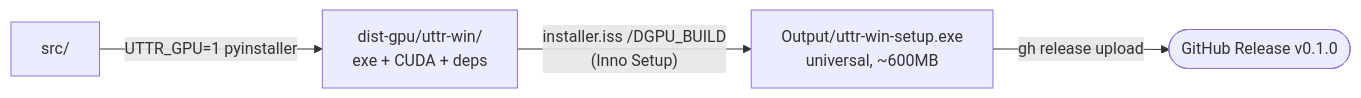
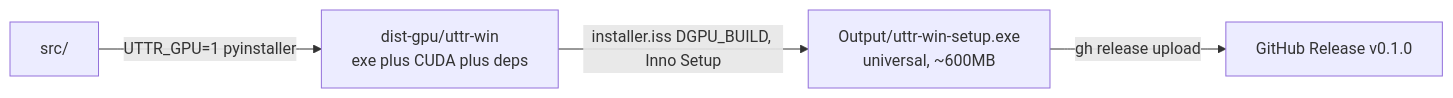
The third of 3 diagrams in ARCHITECTURE.md (SanjuEpic/free-wispr-flow), drawn with Mermaid before and after one commit. The commit also changed other lines of this file and 1 other file, not shown here.

First line of the commit message:
fix(docs): harden Mermaid diagrams for GitHub's renderer

````diff
--- a/ARCHITECTURE.md
+++ b/ARCHITECTURE.md
@@ -106,6 +106,6 @@
 ```mermaid
 flowchart LR
-    SRC["src/"] -->|"UTTR_GPU=1 pyinstaller"| DIST["dist-gpu/uttr-win/<br/>exe + CUDA + deps"]
-    DIST -->|"installer.iss /DGPU_BUILD<br/>(Inno Setup)"| EXE["Output/uttr-win-setup.exe<br/>universal, ~600MB"]
-    EXE -->|"gh release upload"| REL(["GitHub Release v0.1.0"])
+    SRC["src/"] -->|UTTR_GPU=1 pyinstaller| DIST["dist-gpu/uttr-win<br>exe plus CUDA plus deps"]
+    DIST -->|installer.iss DGPU_BUILD, Inno Setup| EXE["Output/uttr-win-setup.exe<br>universal, ~600MB"]
+    EXE -->|gh release upload| REL["GitHub Release v0.1.0"]
 ```
````
